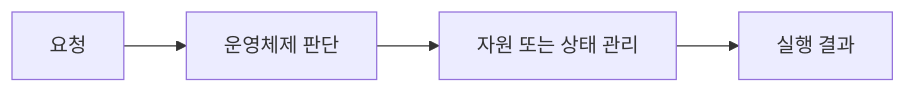
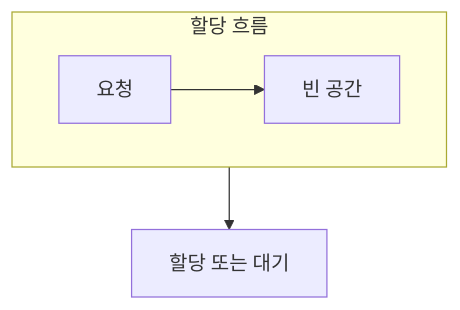
The diagram in ComputerScience/04_systems-infrastructure/operating-systems/notes/08. 메모리 관리와 단편화.md (umyunsang/edu), drawn with Mermaid before and after one commit. The commit also changed other lines of this file and 20 other files, not shown here.

````diff
--- a/ComputerScience/04_systems-infrastructure/operating-systems/notes/08. 메모리 관리와 단편화.md
+++ b/ComputerScience/04_systems-infrastructure/operating-systems/notes/08. 메모리 관리와 단편화.md
@@ -25,6 +21,8 @@
 ```mermaid
-flowchart LR
-    A[요청] --> B[운영체제 판단]
-    B --> C[자원 또는 상태 관리]
-    C --> D[실행 결과]
+flowchart TB
+    subgraph Memory["할당 흐름"]
+        direction LR
+        A[요청] --> B[빈 공간]
+    end
+    Memory --> C[할당 또는 대기]
 ```
````
